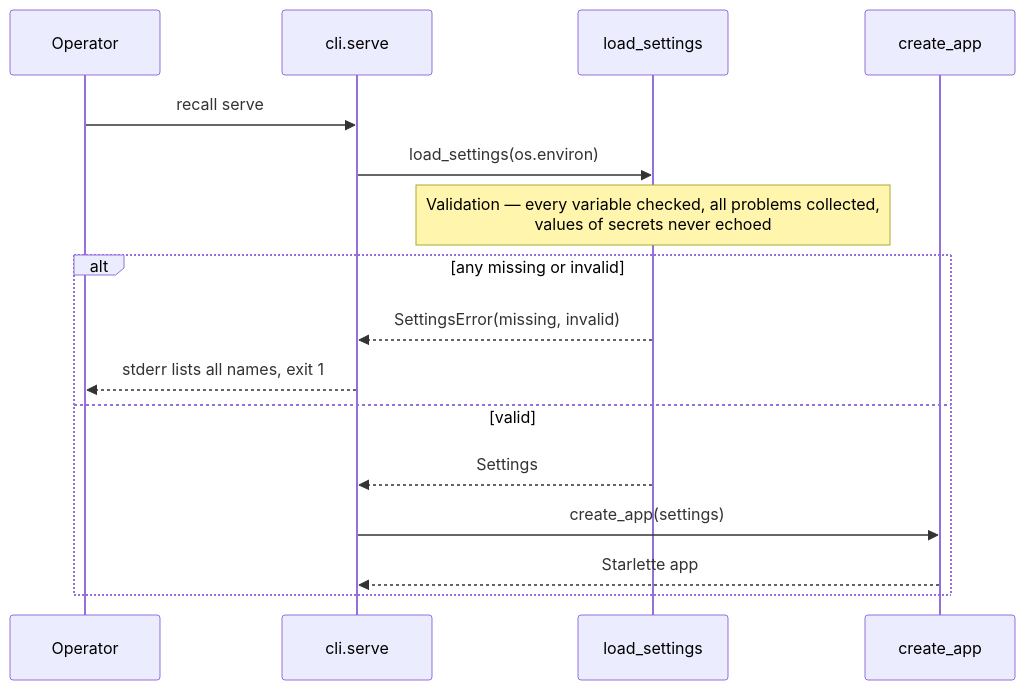
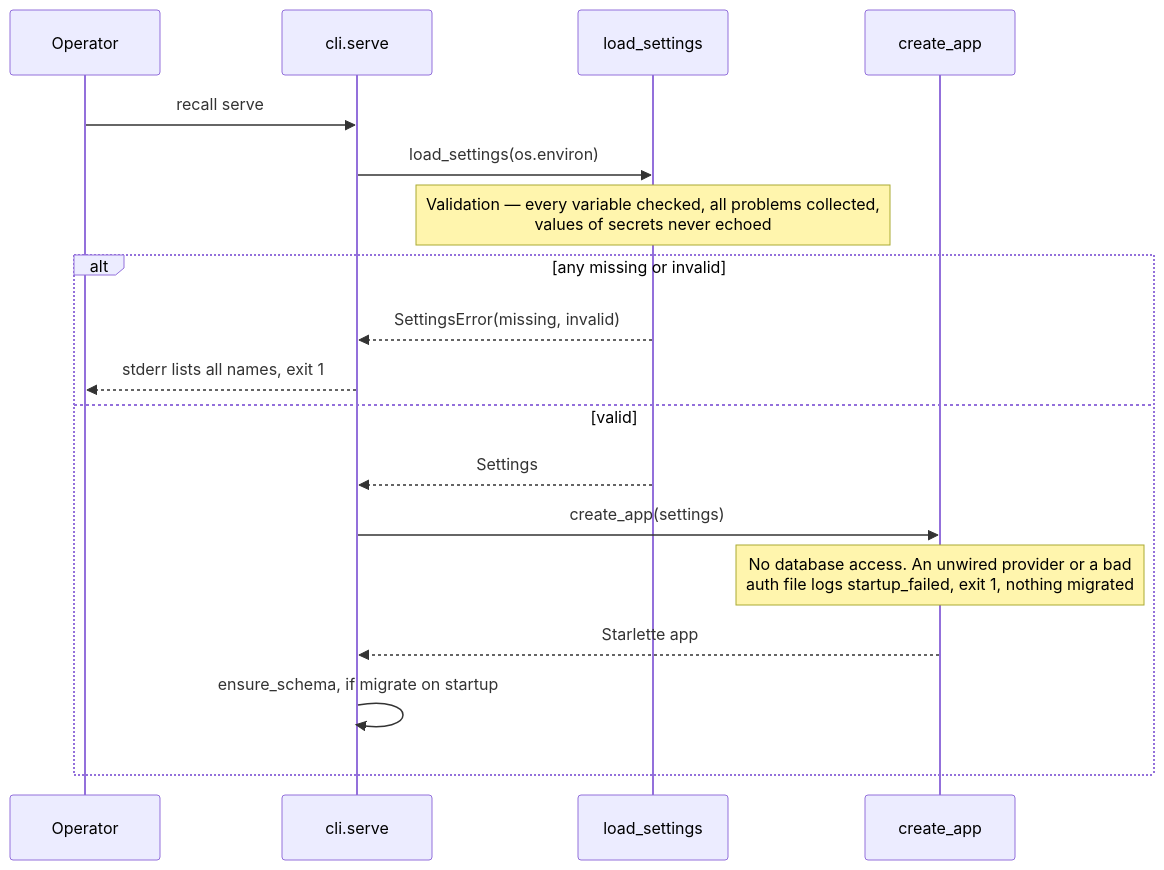
One commit to mironyx/recall changed the first of 8 diagrams in docs/design/v2/lld-e4-deployment.md. Above: the diagram before and after it, drawn with Mermaid. The commit also changed other lines of this file and 9 other files, not shown here.

Commit message:
fix: refuse unwired embeddings providers and log startup failure frames #REC-15

````diff
--- a/docs/design/v2/lld-e4-deployment.md
+++ b/docs/design/v2/lld-e4-deployment.md
@@ -58,18 +58,20 @@
 ```mermaid
 sequenceDiagram
     participant Op as Operator
     participant CLI as cli.serve
     participant S as load_settings
     participant App as create_app
     Op->>CLI: recall serve
     CLI->>S: load_settings(os.environ)
     Note over S: Validation — every variable checked, all problems collected,<br/>values of secrets never echoed
     alt any missing or invalid
         S-->>CLI: SettingsError(missing, invalid)
         CLI-->>Op: stderr lists all names, exit 1
     else valid
         S-->>CLI: Settings
         CLI->>App: create_app(settings)
+        Note over App: No database access. An unwired provider or a bad<br/>auth file logs startup_failed, exit 1, nothing migrated
         App-->>CLI: Starlette app
+        CLI->>CLI: ensure_schema, if migrate on startup
     end
 ```
````
